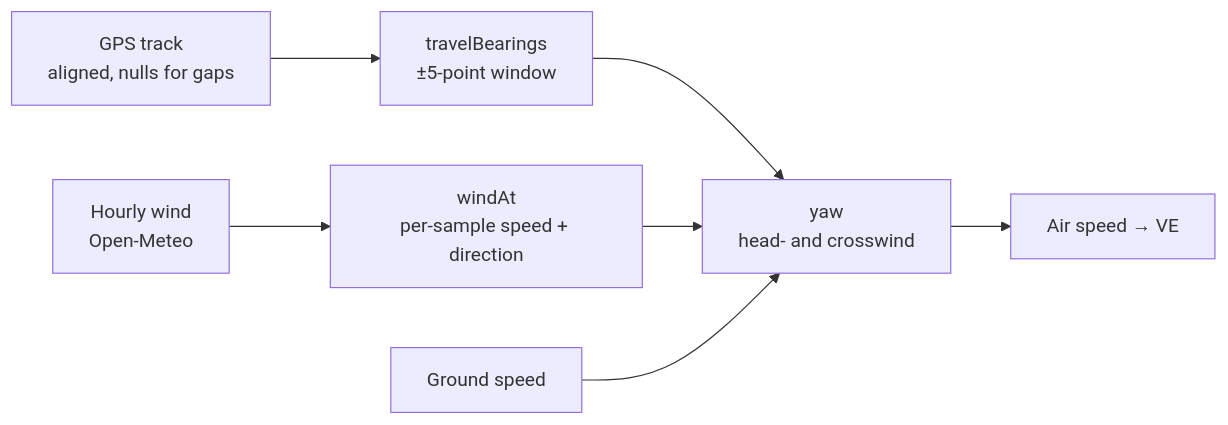
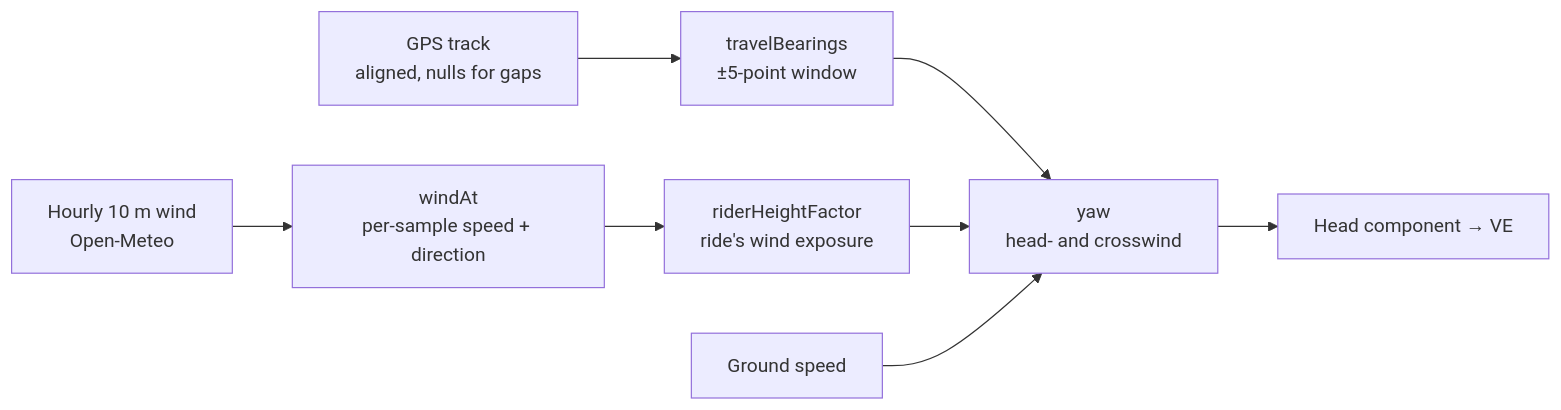
The diagram in docs/design/wind-model.md (mariuspopovici/mycda.app), drawn with Mermaid before and after one commit. The commit also changed other lines of this file and 21 other files, not shown here.

````diff
--- a/docs/design/wind-model.md
+++ b/docs/design/wind-model.md
@@ -9,9 +9,10 @@
 ```mermaid
 flowchart LR
   track[GPS track<br/>aligned, nulls for gaps] --> bearings[travelBearings<br/>±5-point window]
-  hourly[Hourly wind<br/>Open-Meteo] --> windAt[windAt<br/>per-sample speed + direction]
+  hourly[Hourly 10 m wind<br/>Open-Meteo] --> windAt[windAt<br/>per-sample speed + direction]
+  windAt --> height[riderHeightFactor<br/>ride's wind exposure]
   bearings --> yaw
-  windAt --> yaw[yaw<br/>head- and crosswind]
+  height --> yaw[yaw<br/>head- and crosswind]
   speed[Ground speed] --> yaw
-  yaw --> air[Air speed → VE]
+  yaw --> air[Head component → VE]
 ```
````
